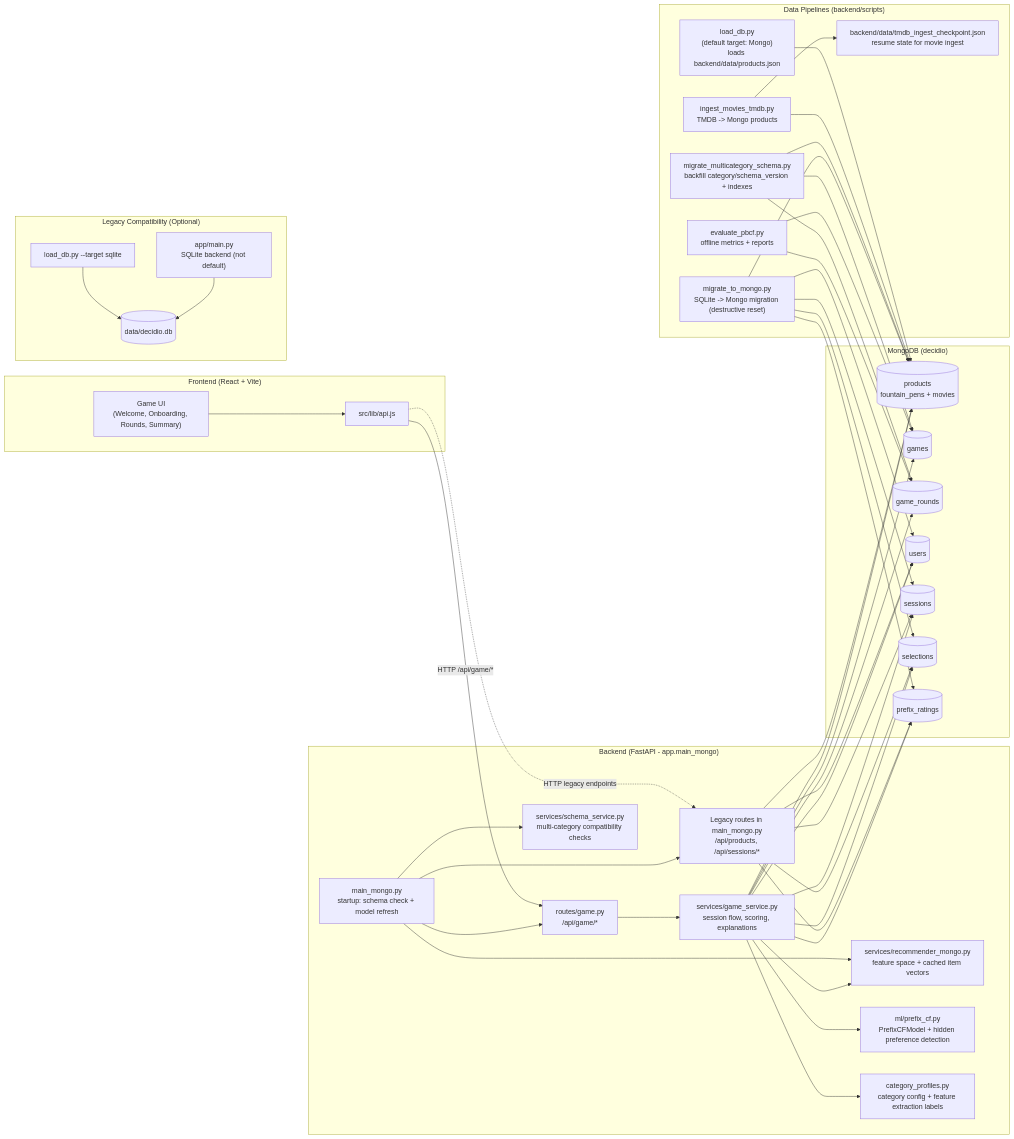
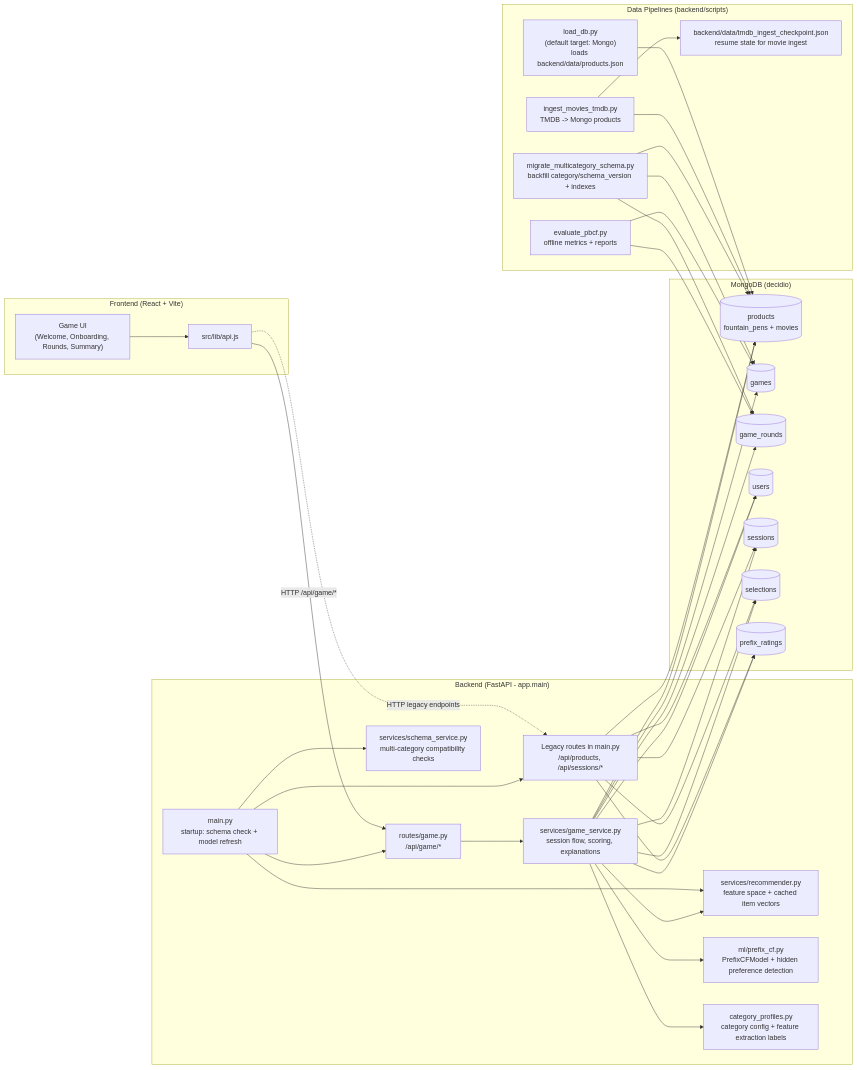
One commit to RioPham822/Recommendle changed the diagram in docs/architecture.mmd. Above: the diagram before and after it, drawn with Mermaid. The commit also changed 32 other files, not shown here.

Commit message:
Removed all occurences of sql as we are not using that db split some long files for readability add docstrings to backend files

```diff
--- a/docs/architecture.mmd
+++ b/docs/architecture.mmd
@@ -1,94 +1,83 @@
 flowchart LR
   %% Client / UI
   subgraph Client["Frontend (React + Vite)"]
     UI["Game UI\n(Welcome, Onboarding, Rounds, Summary)"]
     APIClient["src/lib/api.js"]
     UI --> APIClient
   end
 
   %% Backend runtime
-  subgraph Backend["Backend (FastAPI - app.main_mongo)"]
-    Main["main_mongo.py\nstartup: schema check + model refresh"]
+  subgraph Backend["Backend (FastAPI - app.main)"]
+    Main["main.py\nstartup: schema check + model refresh"]
     GameRoutes["routes/game.py\n/api/game/*"]
-    LegacyRoutes["Legacy routes in main_mongo.py\n/api/products, /api/sessions/*"]
+    LegacyRoutes["Legacy routes in main.py\n/api/products, /api/sessions/*"]
     GameService["services/game_service.py\nsession flow, scoring, explanations"]
-    Recommender["services/recommender_mongo.py\nfeature space + cached item vectors"]
+    Recommender["services/recommender.py\nfeature space + cached item vectors"]
     Model["ml/prefix_cf.py\nPrefixCFModel + hidden preference detection"]
     CategoryProfiles["category_profiles.py\ncategory config + feature extraction labels"]
     SchemaGuard["services/schema_service.py\nmulti-category compatibility checks"]
   end
 
   %% Database
   subgraph Mongo["MongoDB (decidio)"]
     Products[("products\nfountain_pens + movies")]
     Games[("games")]
     GameRounds[("game_rounds")]
     Users[("users")]
     Sessions[("sessions")]
     Selections[("selections")]
     PrefixRatings[("prefix_ratings")]
   end
 
   %% Data pipelines / scripts
   subgraph DataPipelines["Data Pipelines (backend/scripts)"]
     LoadPens["load_db.py\n(default target: Mongo)\nloads backend/data/products.json"]
     IngestMovies["ingest_movies_tmdb.py\nTMDB -> Mongo products"]
     Checkpoint["backend/data/tmdb_ingest_checkpoint.json\nresume state for movie ingest"]
     MigrateSchema["migrate_multicategory_schema.py\nbackfill category/schema_version + indexes"]
-    MigrateLegacy["migrate_to_mongo.py\nSQLite -> Mongo migration (destructive reset)"]
+    %% Legacy migration removed (Mongo-only architecture)
     Eval["evaluate_pbcf.py\noffline metrics + reports"]
   end
 
-  %% Optional legacy backend
-  subgraph Legacy["Legacy Compatibility (Optional)"]
-    MainSqlite["app/main.py\nSQLite backend (not default)"]
-    SqliteDB[("data/decidio.db")]
-    LoadSQLite["load_db.py --target sqlite"]
-  end
+  %% Optional legacy backend removed
 
   %% Runtime request flow
   APIClient -->|HTTP /api/game/*| GameRoutes
   APIClient -.->|HTTP legacy endpoints| LegacyRoutes
   Main --> SchemaGuard
   Main --> Recommender
   Main --> GameRoutes
   Main --> LegacyRoutes
 
   GameRoutes --> GameService
   GameService --> Recommender
   GameService --> Model
   GameService --> CategoryProfiles
 
   %% Data access flow
   LegacyRoutes --> Products
   LegacyRoutes --> Users
   LegacyRoutes --> Sessions
   LegacyRoutes --> Selections
   LegacyRoutes --> PrefixRatings
 
   GameService --> Products
   GameService --> Games
   GameService --> GameRounds
   GameService --> Users
   GameService --> Sessions
   GameService --> Selections
   GameService --> PrefixRatings
 
   %% Ingestion / migration flow
   LoadPens --> Products
   IngestMovies --> Products
   IngestMovies --> Checkpoint
   MigrateSchema --> Products
   MigrateSchema --> Games
   MigrateSchema --> GameRounds
-  MigrateLegacy --> Products
-  MigrateLegacy --> Users
-  MigrateLegacy --> Sessions
-  MigrateLegacy --> Selections
-  MigrateLegacy --> PrefixRatings
+  %% legacy migration nodes removed
   Eval --> Games
   Eval --> GameRounds
 
-  %% Legacy-only path
-  LoadSQLite --> SqliteDB
-  MainSqlite --> SqliteDB
+  %% Legacy-only path removed
```
